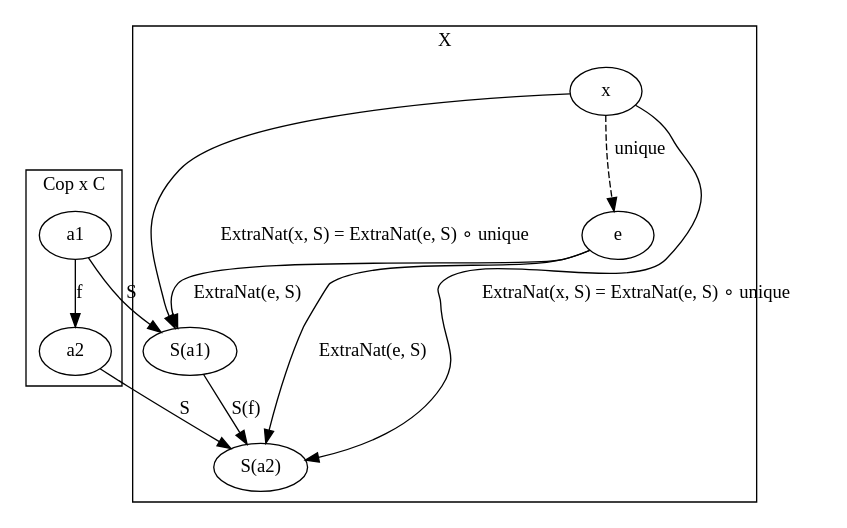
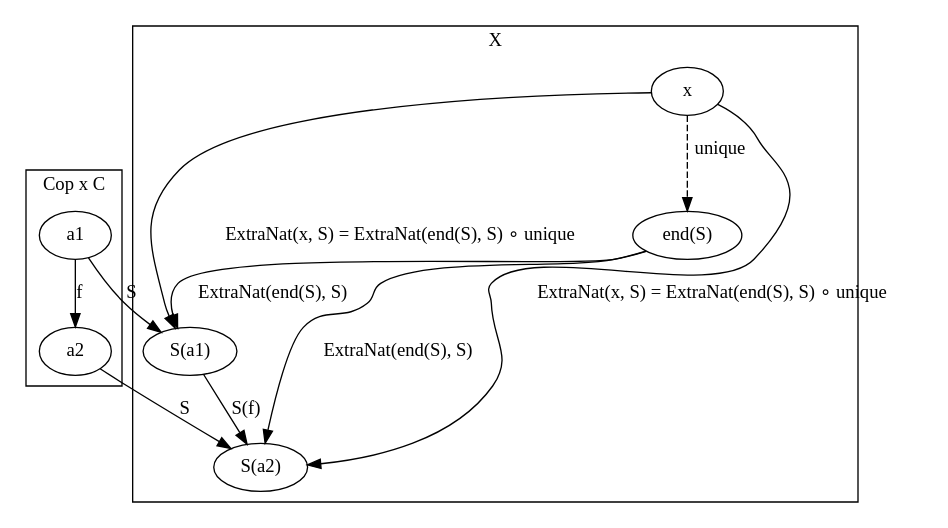
The second of 2 diagrams in end.md (frankymacster/category-theory-graphviz), drawn with Graphviz before and after one commit.

Commit message:
end: rename e to end(S)

````diff
--- a/end.md
+++ b/end.md
@@ -21,30 +21,30 @@
 ```graphviz
 digraph G {
   subgraph clusterCopxC {
     label="Cop x C"
     "a1"
     "a2"
     "a1" -> "a2" [label="f"]
   }
 
   subgraph clusterX {
     label="X"
     "S(a1)"
     "S(a2)"
     "S(a1)" -> "S(a2)" [label="S(f)"]
-    "e"
+    "end(S)"
     "x"
   }
 
   "a1" -> "S(a1)" [label="S"]
   "a2" -> "S(a2)" [label="S"]
 
-  "e" -> "S(a1)" [label="ExtraNat(e, S)"]
-  "e" -> "S(a2)" [label="ExtraNat(e, S)"]
+  "end(S)" -> "S(a1)" [label="ExtraNat(end(S), S)"]
+  "end(S)" -> "S(a2)" [label="ExtraNat(end(S), S)"]
 
-  "x" -> "S(a1)" [label="ExtraNat(x, S) = ExtraNat(e, S) ∘ unique"]
-  "x" -> "S(a2)" [label="ExtraNat(x, S) = ExtraNat(e, S) ∘ unique"]
+  "x" -> "S(a1)" [label="ExtraNat(x, S) = ExtraNat(end(S), S) ∘ unique"]
+  "x" -> "S(a2)" [label="ExtraNat(x, S) = ExtraNat(end(S), S) ∘ unique"]
 
-  "x" -> "e" [label="unique", style="dashed"]
+  "x" -> "end(S)" [label="unique", style="dashed"]
 }
 ```
````
